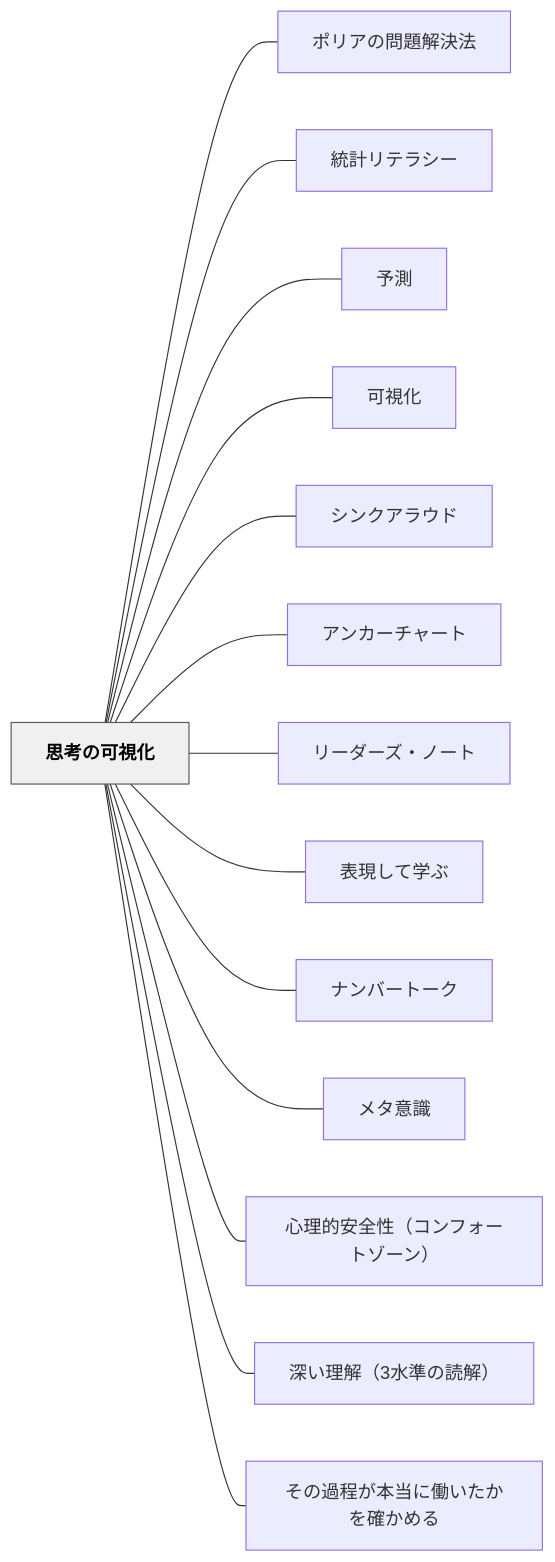
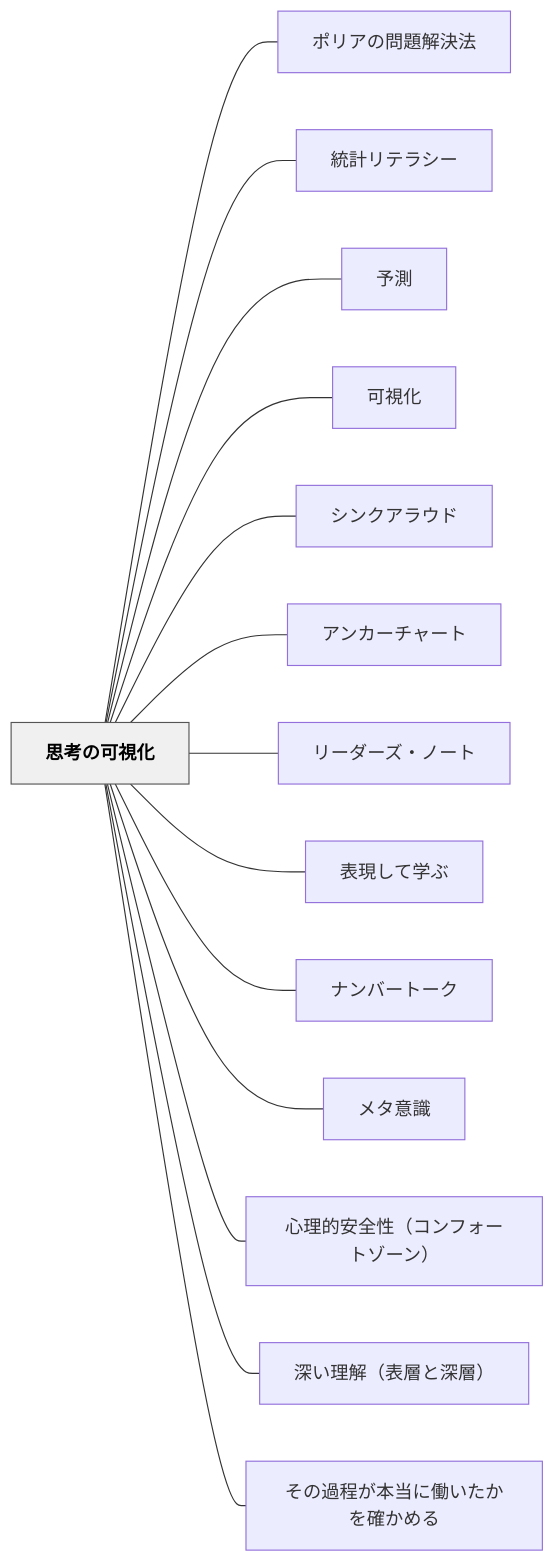
The diagram in content/パタン/思考の可視化.md (unknownthings-ed-patterns/unknownthings-ed-patterns), drawn with Mermaid before and after one commit. The commit also changed other lines of this file and 26 other files, not shown here.

````diff
--- a/content/パタン/思考の可視化.md
+++ b/content/パタン/思考の可視化.md
@@ -132,34 +132,34 @@
 ```mermaid
 flowchart LR
     ne6809de88083e381aee58fafe8a696e58c96["思考の可視化"]
     ne3839de383aae382a2e381aee5958fe9a18ce8a7a3e6b1bae6b395["ポリアの問題解決法"]
     ne7b5b1e8a888e383aae38386e383a9e382b7e383bc["統計リテラシー"]
     ne4ba88e6b8ac["予測"]
     ne58fafe8a696e58c96["可視化"]
     ne382b7e383b3e382afe382a2e383a9e382a6e38389["シンクアラウド"]
     ne382a2e383b3e382abe383bce38381e383a3e383bce38388["アンカーチャート"]
     ne383aae383bce38380e383bce382bae383bbe3838ee383bce38388["リーダーズ・ノート"]
     ne8a1a8e78fbee38197e381a6e5ada6e381b6["表現して学ぶ"]
     ne3838ae383b3e38390e383bce38388e383bce382af["ナンバートーク"]
     ne383a1e382bfe6848fe8ad98["メタ意識"]
     ne5bf83e79086e79a84e5ae89e585a8e680a7efbc88e382b3e383b3e38395e382a9e383bce38388e382bee383bce383b3efbc89["心理的安全性（コンフォートゾーン）"]
-    ne6b7b1e38184e79086e8a7a3efbc8833e6b0b4e6ba96e381aee8aaade8a7a3efbc89["深い理解（3水準の読解）"]
+    ne6b7b1e38184e79086e8a7a3efbc88e8a1a8e5b1a4e381a8e6b7b1e5b1a4efbc89["深い理解（表層と深層）"]
     ne3819de381aee9818ee7a88be3818ce69cace5bd93e381abe5838de38184e3819fe3818be38292e7a2bae3818be38281e3828b["その過程が本当に働いたかを確かめる"]
 
     ne6809de88083e381aee58fafe8a696e58c96 --- ne3839de383aae382a2e381aee5958fe9a18ce8a7a3e6b1bae6b395
     ne6809de88083e381aee58fafe8a696e58c96 --- ne7b5b1e8a888e383aae38386e383a9e382b7e383bc
     ne6809de88083e381aee58fafe8a696e58c96 --- ne4ba88e6b8ac
     ne6809de88083e381aee58fafe8a696e58c96 --- ne58fafe8a696e58c96
     ne6809de88083e381aee58fafe8a696e58c96 --- ne382b7e383b3e382afe382a2e383a9e382a6e38389
     ne6809de88083e381aee58fafe8a696e58c96 --- ne382a2e383b3e382abe383bce38381e383a3e383bce38388
     ne6809de88083e381aee58fafe8a696e58c96 --- ne383aae383bce38380e383bce382bae383bbe3838ee383bce38388
     ne6809de88083e381aee58fafe8a696e58c96 --- ne8a1a8e78fbee38197e381a6e5ada6e381b6
     ne6809de88083e381aee58fafe8a696e58c96 --- ne3838ae383b3e38390e383bce38388e383bce382af
     ne6809de88083e381aee58fafe8a696e58c96 --- ne383a1e382bfe6848fe8ad98
     ne6809de88083e381aee58fafe8a696e58c96 --- ne5bf83e79086e79a84e5ae89e585a8e680a7efbc88e382b3e383b3e38395e382a9e383bce38388e382bee383bce383b3efbc89
-    ne6809de88083e381aee58fafe8a696e58c96 --- ne6b7b1e38184e79086e8a7a3efbc8833e6b0b4e6ba96e381aee8aaade8a7a3efbc89
+    ne6809de88083e381aee58fafe8a696e58c96 --- ne6b7b1e38184e79086e8a7a3efbc88e8a1a8e5b1a4e381a8e6b7b1e5b1a4efbc89
     ne6809de88083e381aee58fafe8a696e58c96 --- ne3819de381aee9818ee7a88be3818ce69cace5bd93e381abe5838de38184e3819fe3818be38292e7a2bae3818be38281e3828b
 
     classDef hub fill:#f0f0f0,stroke:#555,color:#000,font-weight:bold
     class ne6809de88083e381aee58fafe8a696e58c96 hub
 ```
````
